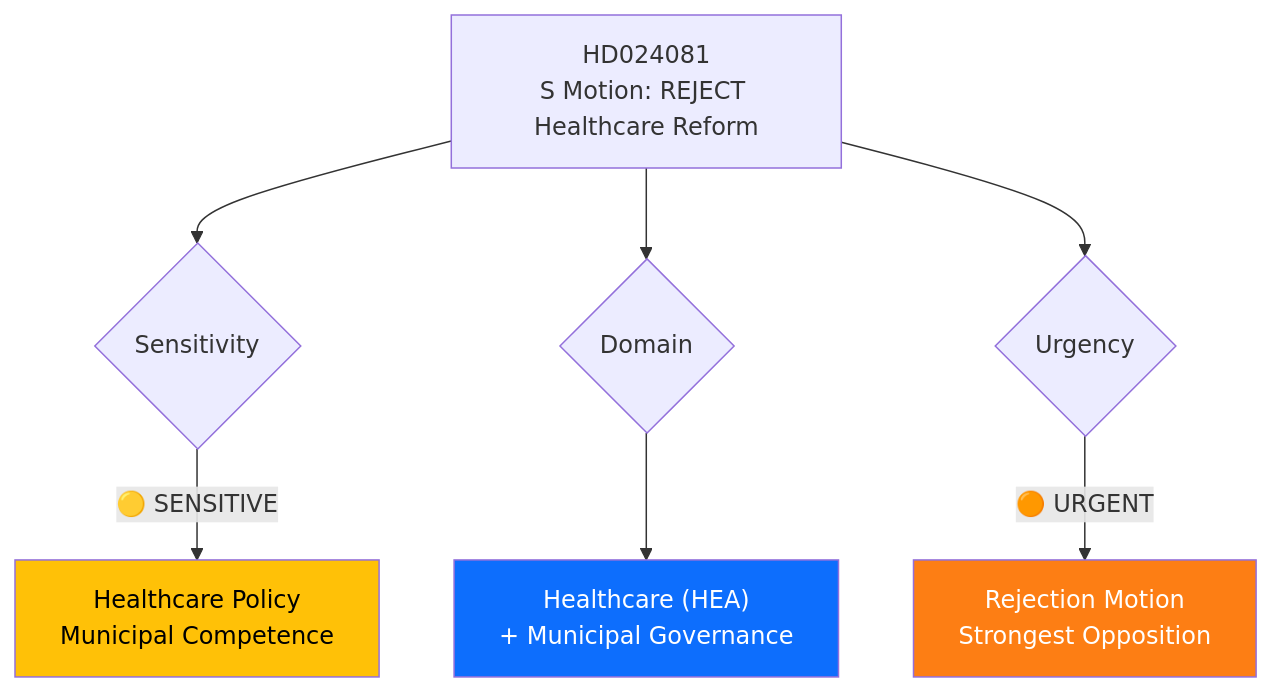
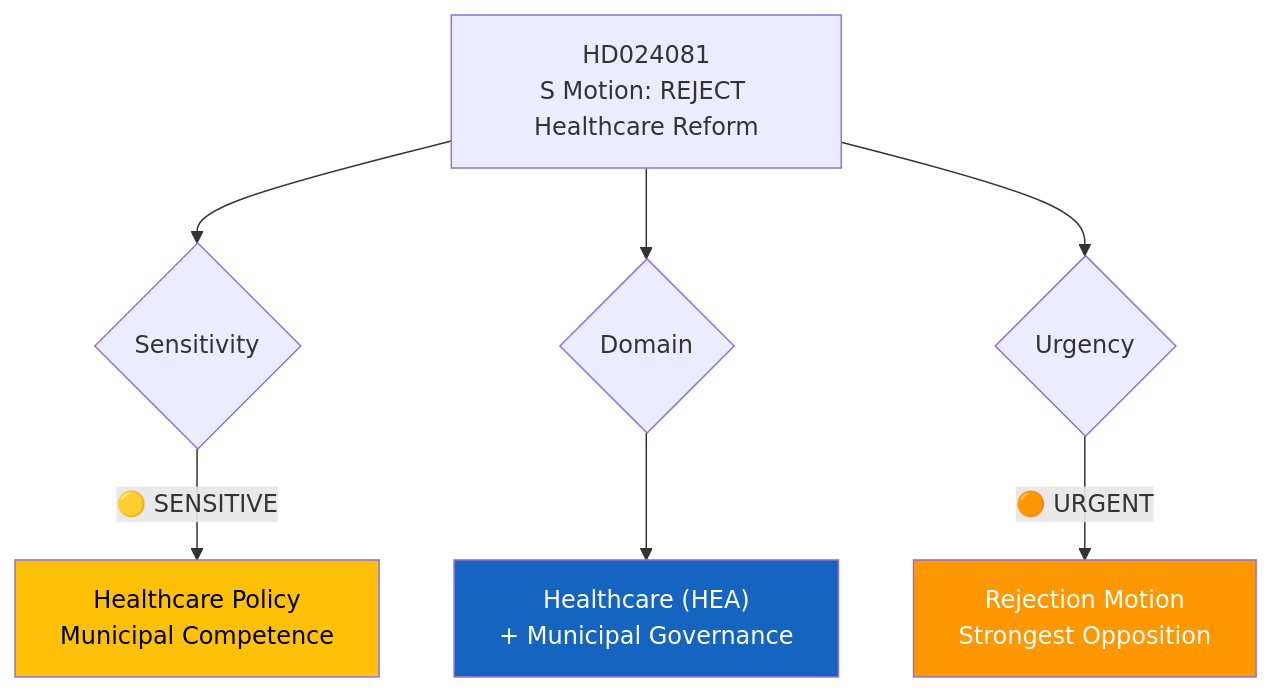
The diagram in analysis/daily/2026-04-15/realtime-0954/documents/hd024081-analysis.md (Hack23/riksdagsmonitor), drawn with Mermaid before and after one commit. The commit also changed 785 other files, not shown here.

First line of the commit message:
Normalize mermaid colors across 786 analysis artifacts to ISMS Style Guide palette

````diff
--- a/analysis/daily/2026-04-15/realtime-0954/documents/hd024081-analysis.md
+++ b/analysis/daily/2026-04-15/realtime-0954/documents/hd024081-analysis.md
@@ -26,13 +26,13 @@
 ```mermaid
 graph TD
     A["HD024081<br/>S Motion: REJECT Healthcare Reform"] --> B{"Sensitivity"}
     B -->|"🟡 SENSITIVE"| C["Healthcare Policy<br/>Municipal Competence"]
     A --> D{"Domain"}
     D --> E["Healthcare (HEA)<br/>+ Municipal Governance"]
     A --> F{"Urgency"}
     F -->|"🟠 URGENT"| G["Rejection Motion<br/>Strongest Opposition"]
 
-    style C fill:#ffc107,color:#000
-    style E fill:#0d6efd,color:#fff
-    style G fill:#fd7e14,color:#fff
+    style C fill:#FFC107,color:#000000
+    style E fill:#1565C0,color:#FFFFFF
+    style G fill:#FF9800,color:#FFFFFF
 ```
````
